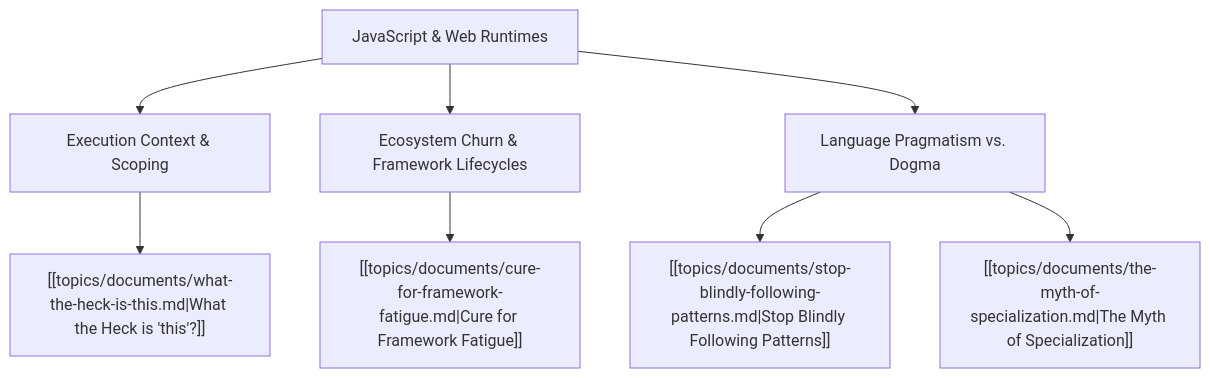
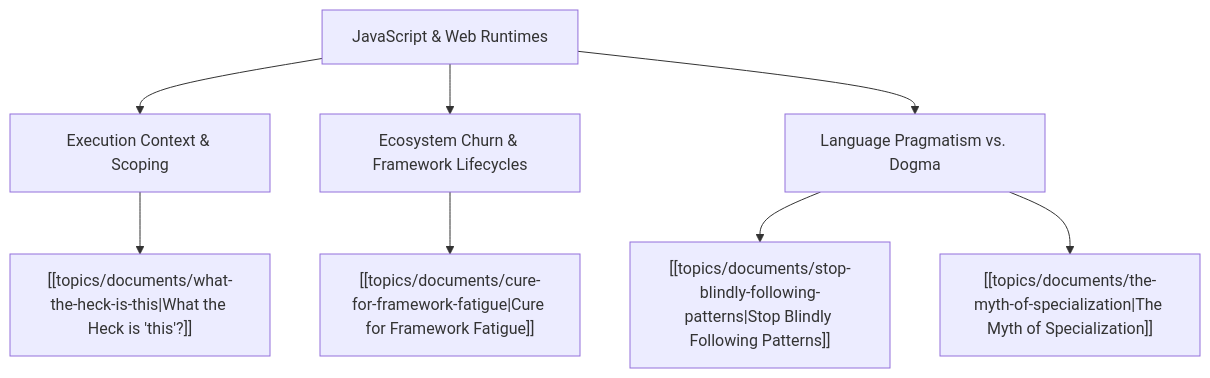
One commit to cstroliadavis/social-media-ideas changed the diagram in topics/themes/javascript.md. Above: the diagram before and after it, drawn with Mermaid. The commit also changed other lines of this file and 25 other files, not shown here.

````diff
--- a/topics/themes/javascript.md
+++ b/topics/themes/javascript.md
@@ -12,13 +21,13 @@
 ```mermaid
 graph TD
     JS["JavaScript & Web Runtimes"]
     
     JS --> SCOPE["Execution Context & Scoping"]
     JS --> ECOSYSTEM["Ecosystem Churn & Framework Lifecycles"]
     JS --> PATTERNS["Language Pragmatism vs. Dogma"]
     
-    SCOPE --> D1["[[topics/documents/what-the-heck-is-this.md|What the Heck is 'this'?]]"]
-    ECOSYSTEM --> D2["[[topics/documents/cure-for-framework-fatigue.md|Cure for Framework Fatigue]]"]
-    PATTERNS --> D3["[[topics/documents/stop-blindly-following-patterns.md|Stop Blindly Following Patterns]]"]
-    PATTERNS --> D4["[[topics/documents/the-myth-of-specialization.md|The Myth of Specialization]]"]
+    SCOPE --> D1["[[topics/documents/what-the-heck-is-this|What the Heck is 'this'?]]"]
+    ECOSYSTEM --> D2["[[topics/documents/cure-for-framework-fatigue|Cure for Framework Fatigue]]"]
+    PATTERNS --> D3["[[topics/documents/stop-blindly-following-patterns|Stop Blindly Following Patterns]]"]
+    PATTERNS --> D4["[[topics/documents/the-myth-of-specialization|The Myth of Specialization]]"]
 ```
````
